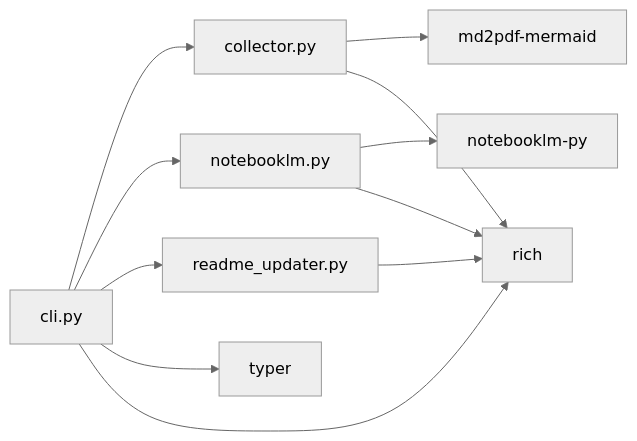
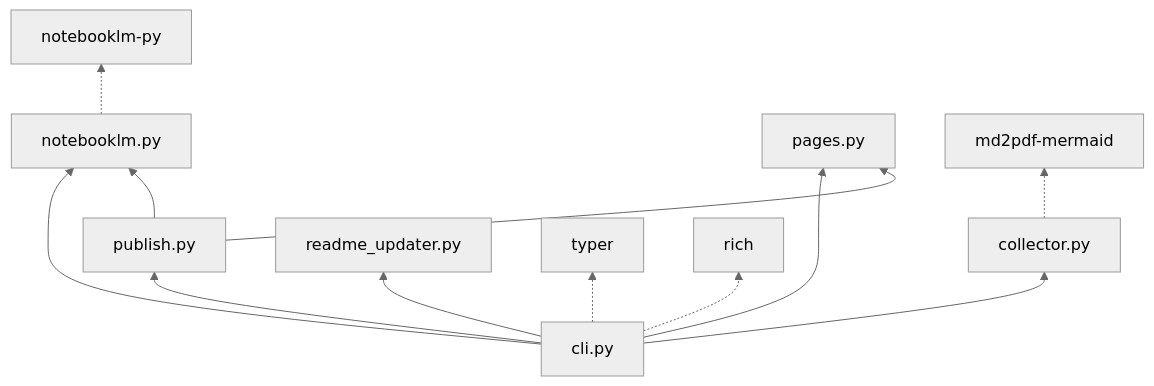
One commit to NetDevAutomate/notebooklm-repo-artefacts changed the sixth of 6 diagrams in docs/codemap.md. Above: the diagram before and after it, drawn with Mermaid (neutral theme). The commit also changed other lines of this file and 8 other files, not shown here.

````diff
--- a/docs/codemap.md
+++ b/docs/codemap.md
@@ -119,13 +191,15 @@
 ```mermaid
-graph LR
-    CLI[cli.py] --> collector.py
-    CLI --> notebooklm.py
-    CLI --> readme_updater.py
-    collector.py --> md2pdf-mermaid
-    notebooklm.py --> notebooklm-py
-    CLI --> typer
-    CLI --> rich
-    collector.py --> rich
-    notebooklm.py --> rich
-    readme_updater.py --> rich
+graph BT
+    CLI[cli.py] --> COL[collector.py]
+    CLI --> NLM[notebooklm.py]
+    CLI --> PG[pages.py]
+    CLI --> PUB[publish.py]
+    CLI --> RU[readme_updater.py]
+    PUB --> NLM
+    PUB --> PG
+
+    NLM -.-> NLMPY[notebooklm-py]
+    COL -.-> MD2PDF[md2pdf-mermaid]
+    CLI -.-> TYPER[typer]
+    CLI -.-> RICH[rich]
 ```
````
